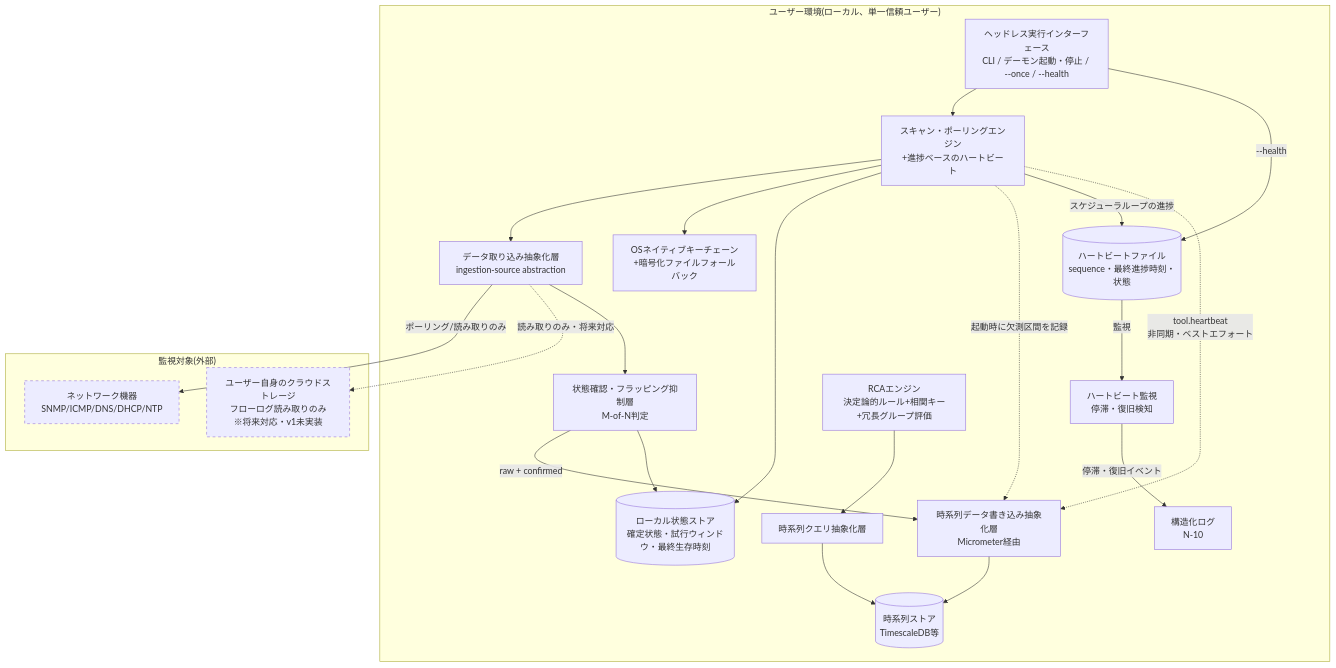
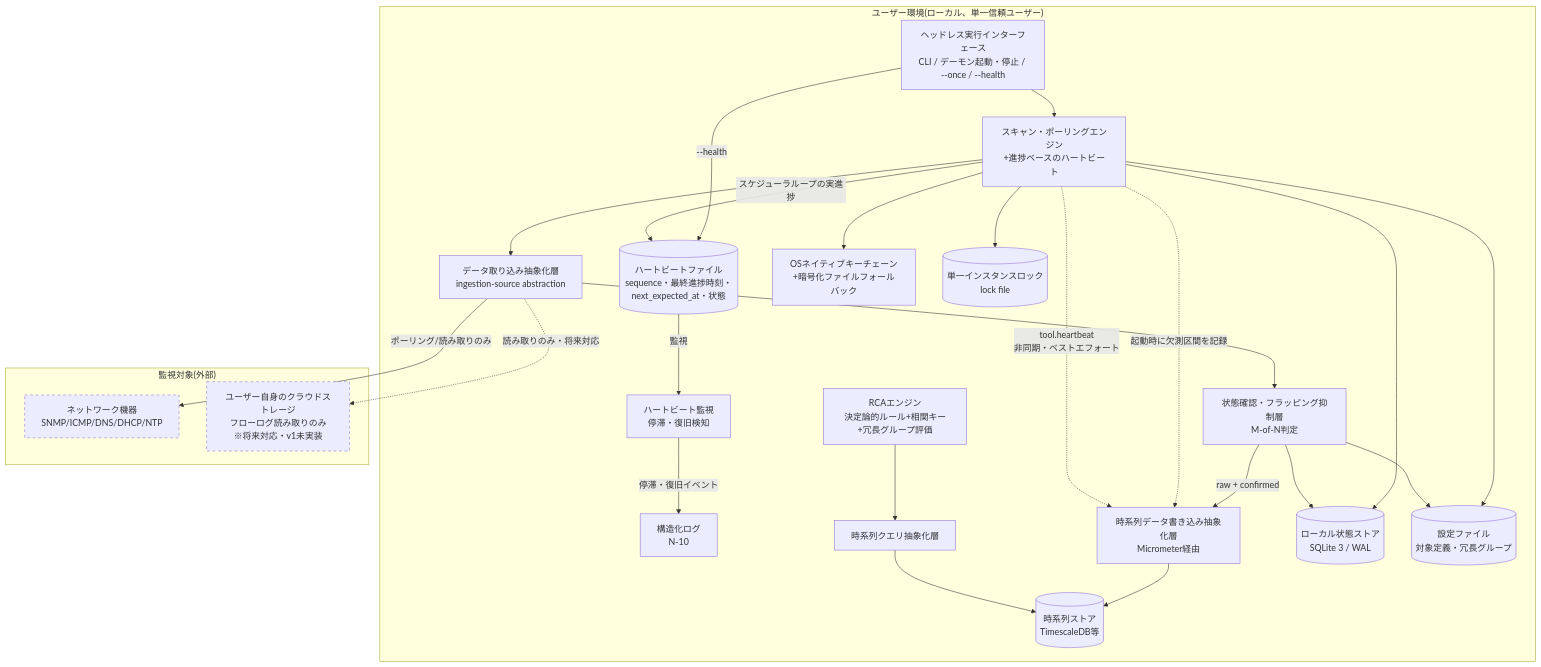
Before and after one commit to Haruyuzuriha/Myaku: the diagram in docs/docs/システム設計/システム方式設計書.md, drawn with Mermaid. The commit also changed other lines of this file, not shown here.

````diff
--- a/docs/docs/システム設計/システム方式設計書.md
+++ b/docs/docs/システム設計/システム方式設計書.md
@@ -36,45 +37,50 @@
 ```mermaid
 graph TB
     subgraph "ユーザー環境(ローカル、単一信頼ユーザー)"
         UI[ヘッドレス実行インターフェース<br/>CLI / デーモン起動・停止 / --once / --health]
         Engine[スキャン・ポーリングエンジン<br/>+進捗ベースのハートビート]
-        HeartbeatFile[(ハートビートファイル<br/>sequence・最終進捗時刻・状態)]
+        HeartbeatFile[(ハートビートファイル<br/>sequence・最終進捗時刻・next_expected_at・状態)]
         Watchdog[ハートビート監視<br/>停滞・復旧検知]
         Log[構造化ログ<br/>N-10]
         StateConfirm[状態確認・フラッピング抑制層<br/>M-of-N判定]
         RCA[RCAエンジン<br/>決定論的ルール+相関キー+冗長グループ評価]
         Ingest[データ取り込み抽象化層<br/>ingestion-source abstraction]
         WriteAbs[時系列データ書き込み抽象化層<br/>Micrometer経由]
         QueryAbs[時系列クエリ抽象化層]
         TSDB[(時系列ストア<br/>TimescaleDB等)]
         Keychain[OSネイティブキーチェーン<br/>+暗号化ファイルフォールバック]
-        LocalState[(ローカル状態ストア<br/>確定状態・試行ウィンドウ・最終生存時刻)]
+        LocalState[(ローカル状態ストア<br/>SQLite 3 / WAL)]
+        Config[(設定ファイル<br/>対象定義・冗長グループ)]
+        InstanceLock[(単一インスタンスロック<br/>lock file)]
     end
 
     subgraph "監視対象(外部)"
         Net[ネットワーク機器<br/>SNMP/ICMP/DNS/DHCP/NTP]
         Cloud[ユーザー自身のクラウドストレージ<br/>フローログ読み取りのみ<br/>※将来対応・v1未実装]
     end
 
     UI --> Engine
     UI -->|--health| HeartbeatFile
     Engine --> Ingest
     Ingest -->|ポーリング/読み取りのみ| Net
     Ingest -.->|読み取りのみ・将来対応| Cloud
     Ingest --> StateConfirm
     StateConfirm -->|raw + confirmed| WriteAbs
     WriteAbs --> TSDB
     QueryAbs --> TSDB
     RCA --> QueryAbs
     Engine --> Keychain
     Engine --> LocalState
     StateConfirm --> LocalState
+    Engine --> Config
+    Engine --> InstanceLock
+    StateConfirm --> Config
     Engine -.->|起動時に欠測区間を記録| WriteAbs
-    Engine -->|スケジューラループの進捗| HeartbeatFile
+    Engine -->|スケジューラループの実進捗| HeartbeatFile
     HeartbeatFile -->|監視| Watchdog
     Watchdog -->|停滞・復旧イベント| Log
     Engine -.->|tool.heartbeat<br/>非同期・ベストエフォート| WriteAbs
 
     style Cloud stroke-dasharray: 5 5
     style Net stroke-dasharray: 5 5
 ```
````
